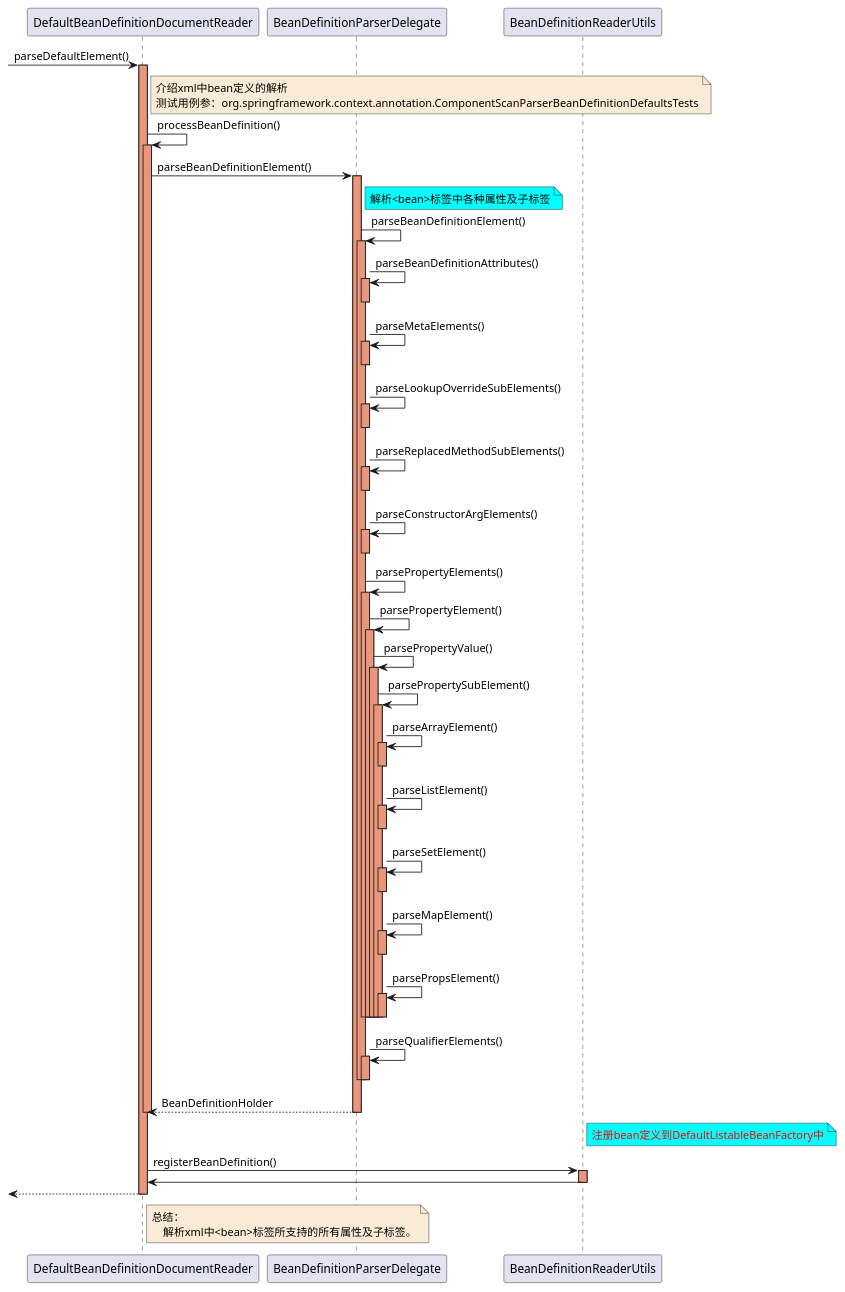
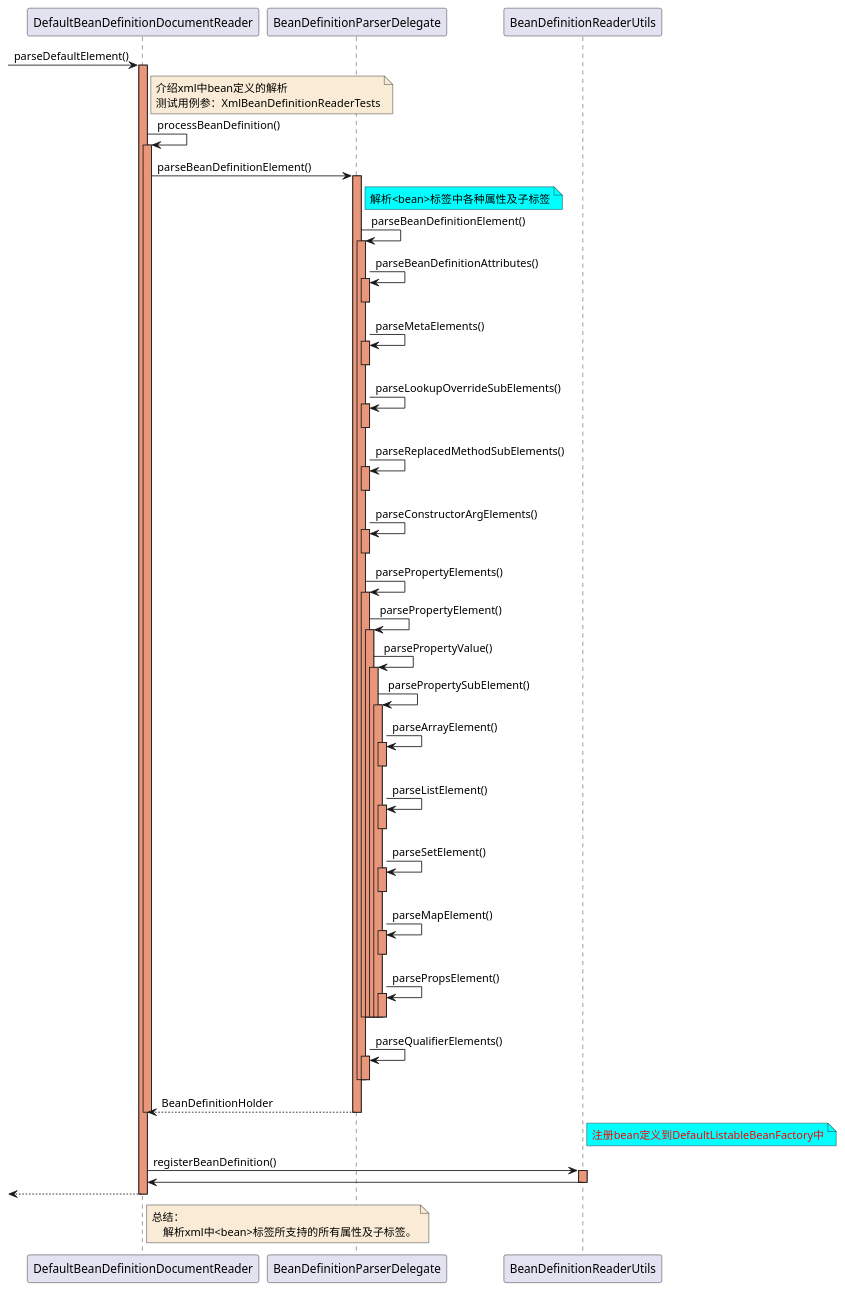
One commit to czwer/learn-spring-code changed the diagram in document/spring/base/sequence/BeanDefinition-Load-0-ByXml-1-DefaultBeanDefinitionDocumentReader_parseDefaultElement-sequence.puml. Above: the diagram before and after it, drawn with PlantUML. The commit also changed 27 other files, not shown here.

Commit message:
1.添加Bean属性绑定的时序图 2.整理了BeanPostProcessor类图 3.添加了Bean相关的类图 4.添加了Bean整个架构的类图关系

```diff
--- a/document/spring/base/sequence/BeanDefinition-Load-0-ByXml-1-DefaultBeanDefinitionDocumentReader_parseDefaultElement-sequence.puml
+++ b/document/spring/base/sequence/BeanDefinition-Load-0-ByXml-1-DefaultBeanDefinitionDocumentReader_parseDefaultElement-sequence.puml
@@ -1,112 +1,112 @@
 @startuml
 
 -> DefaultBeanDefinitionDocumentReader : parseDefaultElement()
 activate DefaultBeanDefinitionDocumentReader #DarkSalmon
 
     note right of DefaultBeanDefinitionDocumentReader #FAEBD7
         介绍xml中bean定义的解析
-        测试用例参：org.springframework.context.annotation.ComponentScanParserBeanDefinitionDefaultsTests
+        测试用例参：XmlBeanDefinitionReaderTests
     end note
 
     DefaultBeanDefinitionDocumentReader -> DefaultBeanDefinitionDocumentReader : processBeanDefinition()
     activate DefaultBeanDefinitionDocumentReader #DarkSalmon
 
         DefaultBeanDefinitionDocumentReader -> BeanDefinitionParserDelegate : parseBeanDefinitionElement()
         activate BeanDefinitionParserDelegate #DarkSalmon
 
             note right of BeanDefinitionParserDelegate #aqua
                 解析<bean>标签中各种属性及子标签
             end note
             BeanDefinitionParserDelegate -> BeanDefinitionParserDelegate : parseBeanDefinitionElement()
             activate BeanDefinitionParserDelegate #DarkSalmon
 
                 BeanDefinitionParserDelegate -> BeanDefinitionParserDelegate : parseBeanDefinitionAttributes()
                 activate BeanDefinitionParserDelegate #DarkSalmon
                 deactivate BeanDefinitionParserDelegate
 
                 BeanDefinitionParserDelegate -> BeanDefinitionParserDelegate : parseMetaElements()
                 activate BeanDefinitionParserDelegate #DarkSalmon
                 deactivate BeanDefinitionParserDelegate
 
                 BeanDefinitionParserDelegate -> BeanDefinitionParserDelegate : parseLookupOverrideSubElements()
                 activate BeanDefinitionParserDelegate #DarkSalmon
                 deactivate BeanDefinitionParserDelegate
 
                 BeanDefinitionParserDelegate -> BeanDefinitionParserDelegate : parseReplacedMethodSubElements()
                 activate BeanDefinitionParserDelegate #DarkSalmon
                 deactivate BeanDefinitionParserDelegate
 
                 BeanDefinitionParserDelegate -> BeanDefinitionParserDelegate : parseConstructorArgElements()
                 activate BeanDefinitionParserDelegate #DarkSalmon
                 deactivate BeanDefinitionParserDelegate
 
                 BeanDefinitionParserDelegate -> BeanDefinitionParserDelegate : parsePropertyElements()
                 activate BeanDefinitionParserDelegate #DarkSalmon
 
                     BeanDefinitionParserDelegate -> BeanDefinitionParserDelegate : parsePropertyElement()
                     activate BeanDefinitionParserDelegate #DarkSalmon
 
                         BeanDefinitionParserDelegate -> BeanDefinitionParserDelegate : parsePropertyValue()
                         activate BeanDefinitionParserDelegate #DarkSalmon
 
                             BeanDefinitionParserDelegate -> BeanDefinitionParserDelegate : parsePropertySubElement()
                             activate BeanDefinitionParserDelegate #DarkSalmon
 
                                 BeanDefinitionParserDelegate -> BeanDefinitionParserDelegate : parseArrayElement()
                                 activate BeanDefinitionParserDelegate #DarkSalmon
                                 deactivate BeanDefinitionParserDelegate
 
                                 BeanDefinitionParserDelegate -> BeanDefinitionParserDelegate : parseListElement()
                                 activate BeanDefinitionParserDelegate #DarkSalmon
                                 deactivate BeanDefinitionParserDelegate
 
                                 BeanDefinitionParserDelegate -> BeanDefinitionParserDelegate : parseSetElement()
                                 activate BeanDefinitionParserDelegate #DarkSalmon
                                 deactivate BeanDefinitionParserDelegate
 
                                 BeanDefinitionParserDelegate -> BeanDefinitionParserDelegate : parseMapElement()
                                 activate BeanDefinitionParserDelegate #DarkSalmon
                                 deactivate BeanDefinitionParserDelegate
 
                                 BeanDefinitionParserDelegate -> BeanDefinitionParserDelegate : parsePropsElement()
                                 activate BeanDefinitionParserDelegate #DarkSalmon
                                 deactivate BeanDefinitionParserDelegate
 
                             deactivate BeanDefinitionParserDelegate
 
                         deactivate BeanDefinitionParserDelegate
 
                     deactivate BeanDefinitionParserDelegate
 
                 deactivate BeanDefinitionParserDelegate
 
                 BeanDefinitionParserDelegate -> BeanDefinitionParserDelegate : parseQualifierElements()
                 activate BeanDefinitionParserDelegate #DarkSalmon
                 deactivate BeanDefinitionParserDelegate
 
             deactivate BeanDefinitionParserDelegate
 
         BeanDefinitionParserDelegate --> DefaultBeanDefinitionDocumentReader : BeanDefinitionHolder
         deactivate BeanDefinitionParserDelegate
 
     deactivate DefaultBeanDefinitionDocumentReader
 
     note right of BeanDefinitionReaderUtils #aqua
         <font color=red>注册bean定义到DefaultListableBeanFactory中</font>
     end note
     DefaultBeanDefinitionDocumentReader -> BeanDefinitionReaderUtils : registerBeanDefinition()
     activate BeanDefinitionReaderUtils #DarkSalmon
     BeanDefinitionReaderUtils -> DefaultBeanDefinitionDocumentReader
     deactivate BeanDefinitionReaderUtils
 
 
 
 <--DefaultBeanDefinitionDocumentReader
 deactivate DefaultBeanDefinitionDocumentReader
 
 note right of DefaultBeanDefinitionDocumentReader #FAEBD7
     总结：
         解析xml中<bean>标签所支持的所有属性及子标签。
 end note
 
 @enduml
```
